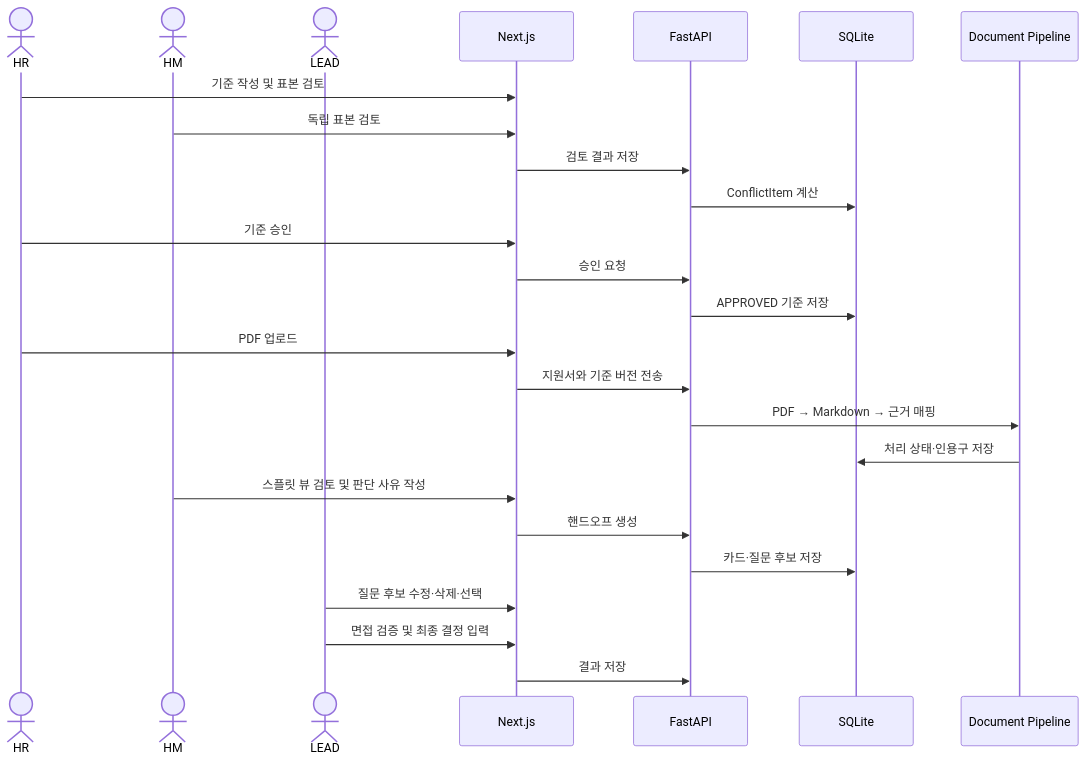
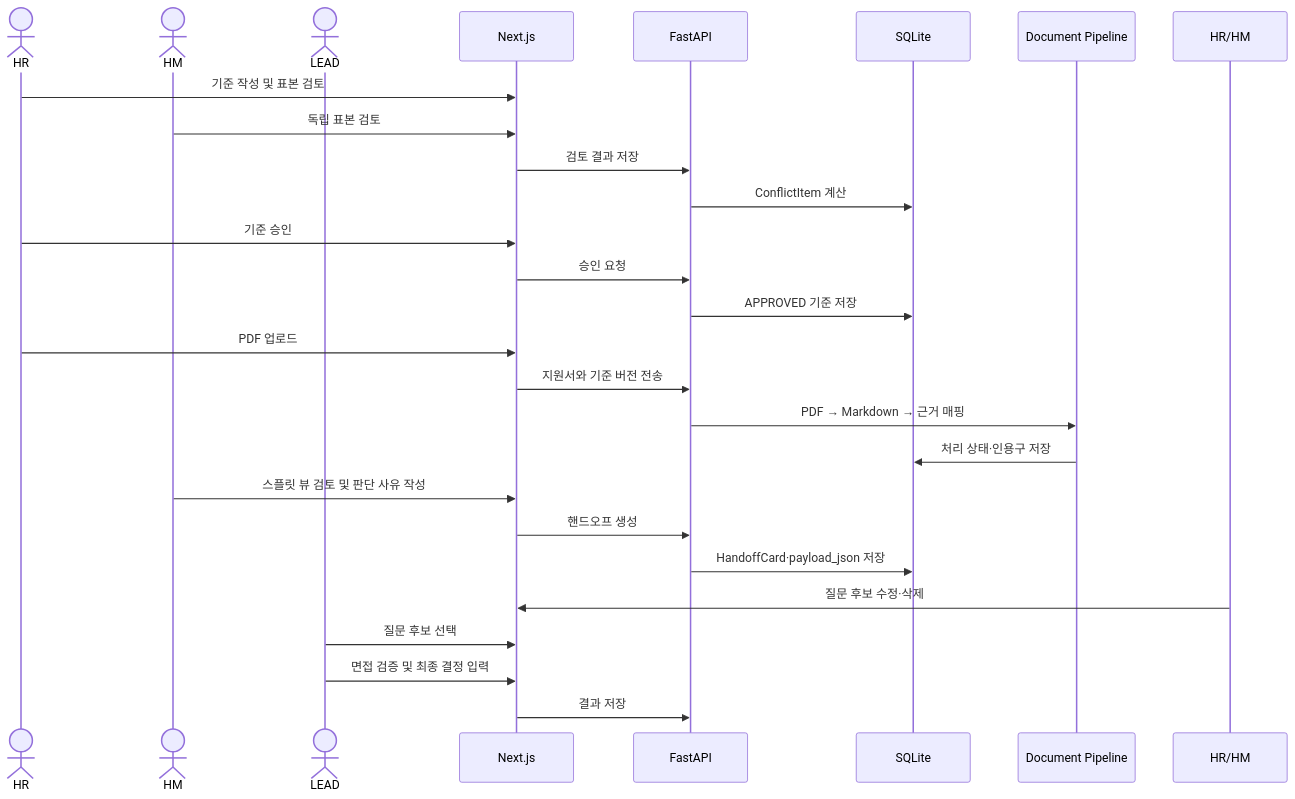
The second of 3 diagrams in _bmad-output/planning-artifacts/architecture/architecture-Zero100_Builderthon-2026-08-26/ARCHITECTURE-SPINE.md (CSshk113/BLDT_BMAD), drawn with Mermaid before and after one commit. The commit also changed other lines of this file and 7 other files, not shown here.

````diff
--- a/_bmad-output/planning-artifacts/architecture/architecture-Zero100_Builderthon-2026-08-26/ARCHITECTURE-SPINE.md
+++ b/_bmad-output/planning-artifacts/architecture/architecture-Zero100_Builderthon-2026-08-26/ARCHITECTURE-SPINE.md
@@ -170,30 +175,31 @@
 ```mermaid
 sequenceDiagram
     actor HR
     actor HM
     actor LEAD
     participant UI as Next.js
     participant API as FastAPI
     participant DB as SQLite
     participant PIPE as Document Pipeline
 
     HR->>UI: 기준 작성 및 표본 검토
     HM->>UI: 독립 표본 검토
     UI->>API: 검토 결과 저장
     API->>DB: ConflictItem 계산
     HR->>UI: 기준 승인
     UI->>API: 승인 요청
     API->>DB: APPROVED 기준 저장
 
     HR->>UI: PDF 업로드
     UI->>API: 지원서와 기준 버전 전송
     API->>PIPE: PDF → Markdown → 근거 매핑
     PIPE->>DB: 처리 상태·인용구 저장
 
     HM->>UI: 스플릿 뷰 검토 및 판단 사유 작성
     UI->>API: 핸드오프 생성
-    API->>DB: 카드·질문 후보 저장
-    LEAD->>UI: 질문 후보 수정·삭제·선택
+    API->>DB: HandoffCard·payload_json 저장
+    HR/HM->>UI: 질문 후보 수정·삭제
+    LEAD->>UI: 질문 후보 선택
     LEAD->>UI: 면접 검증 및 최종 결정 입력
     UI->>API: 결과 저장
 ```
````
